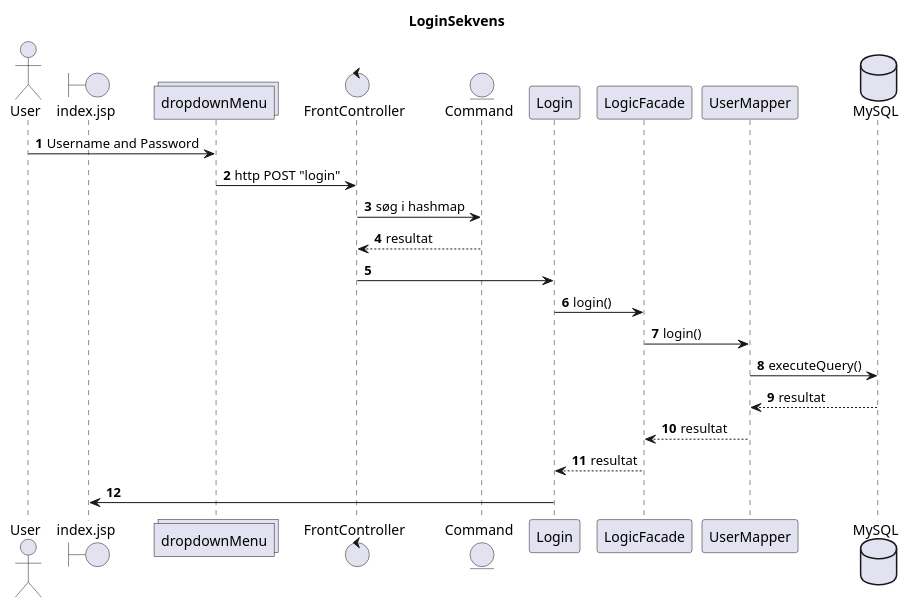
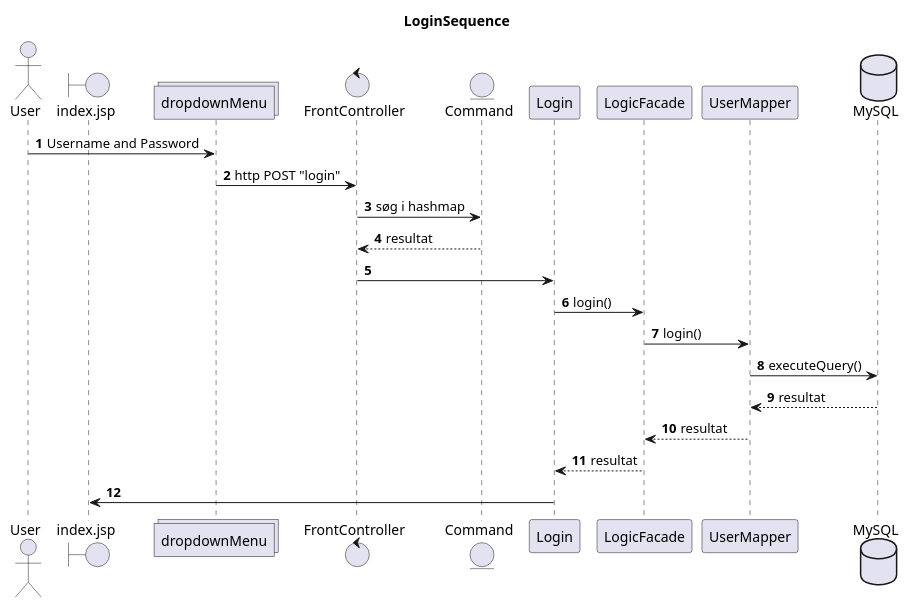
One commit to UtilExe/Cupcakes changed the diagram in data/Diagrammer/LoginSekvensDiagram.puml. Above: the diagram before and after it, drawn with PlantUML. The commit also changed 2 other files, not shown here.

Commit message:
Justeringer på diagrammerne

```diff
--- a/data/Diagrammer/LoginSekvensDiagram.puml
+++ b/data/Diagrammer/LoginSekvensDiagram.puml
@@ -1,29 +1,29 @@
 @startuml
 
-title LoginSekvens
+title LoginSequence
 autonumber
 actor User
 boundary index.jsp
 collections dropdownMenu
 control FrontController
 entity Command
 participant Login
 participant LogicFacade
 participant UserMapper
 database MySQL
 User -> dropdownMenu : Username and Password
 dropdownMenu -> FrontController : http POST "login"
 FrontController -> Command : søg i hashmap
 Command --> FrontController : resultat
 FrontController -> Login
 Login -> LogicFacade : login()
 LogicFacade -> UserMapper : login()
 UserMapper -> MySQL : executeQuery()
 MySQL --> UserMapper : resultat
 UserMapper --> LogicFacade : resultat
 LogicFacade --> Login : resultat
 Login -> index.jsp
 
 
 
 @enduml
```
